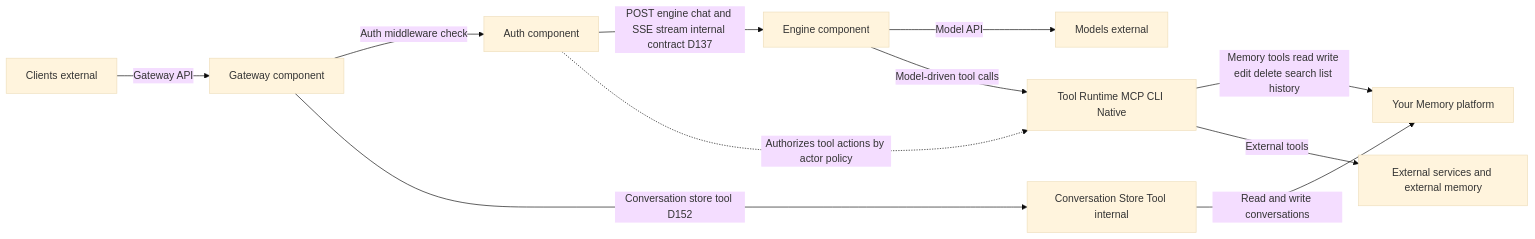
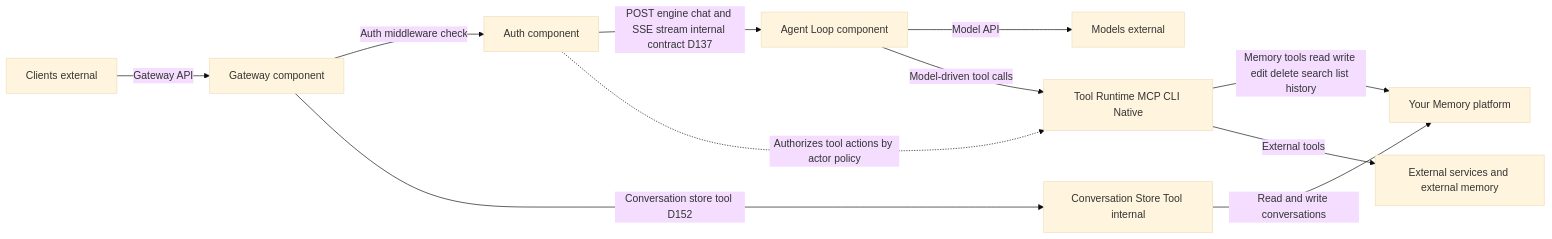
The first of 2 diagrams in docs/foundation-spec.md (Personal-AI-Architecture/the-architecture), drawn with Mermaid (base theme) before and after one commit. The commit also changed other lines of this file and 51 other files, not shown here.

First line of the commit message:
Vocabulary: Engine → Agent Loop

````diff
--- a/docs/foundation-spec.md
+++ b/docs/foundation-spec.md
@@ -36,16 +36,16 @@
 ```mermaid
 flowchart LR
     C[Clients external] -->|Gateway API| G[Gateway component]
     G -->|Auth middleware check| A[Auth component]
-    A -->|POST engine chat and SSE stream internal contract D137| E[Engine component]
+    A -->|POST engine chat and SSE stream internal contract D137| E[Agent Loop component]
     E -->|Model API| M[Models external]
 
     G -->|Conversation store tool D152| CST[Conversation Store Tool internal]
     CST -->|Read and write conversations| YM[Your Memory platform]
 
     E -->|Model-driven tool calls| TR[Tool Runtime MCP CLI Native]
     TR -->|Memory tools read write edit delete search list history| YM
     TR -->|External tools| EX[External services and external memory]
 
     A -.->|Authorizes tool actions by actor policy| TR
 ```
````
